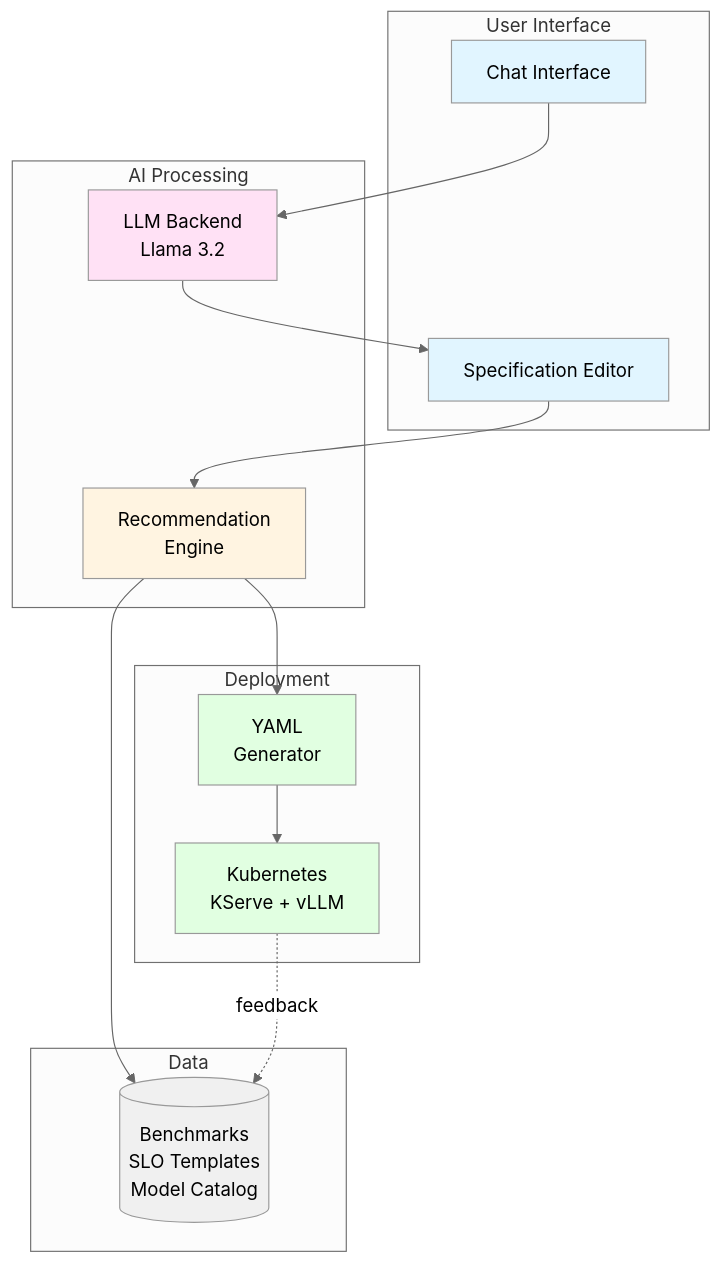
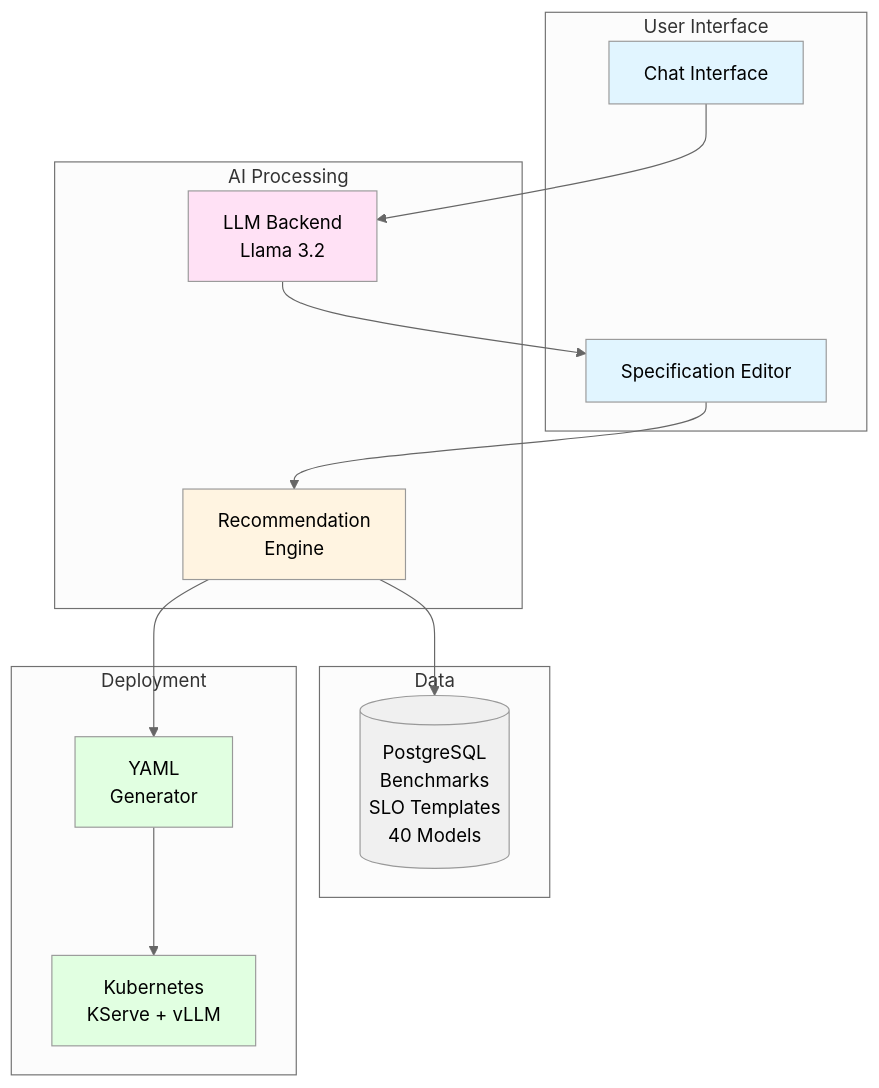
The second of 4 diagrams in docs/simplified-architecture-diagram.md (redhat-et/compass), drawn with Mermaid (neutral theme) before and after one commit. The commit also changed other lines of this file and 8 other files, not shown here.

First line of the commit message:
Refactor architecture to 4-engine + UI Layer structure

````diff
--- a/docs/simplified-architecture-diagram.md
+++ b/docs/simplified-architecture-diagram.md
@@ -34,37 +34,36 @@
 ```mermaid
 graph TB
     subgraph "User Interface"
         UI[Chat Interface]
         SPEC[Specification Editor]
     end
 
     subgraph "AI Processing"
         LLM[LLM Backend<br/>Llama 3.2]
         REC[Recommendation<br/>Engine]
     end
 
     subgraph "Data"
-        KB[(Benchmarks<br/>SLO Templates<br/>Model Catalog)]
+        KB[(PostgreSQL<br/>Benchmarks<br/>SLO Templates<br/>40 Models)]
     end
 
     subgraph "Deployment"
         YAML[YAML<br/>Generator]
         K8S[Kubernetes<br/>KServe + vLLM]
     end
 
     UI --> LLM
     LLM --> SPEC
     SPEC --> REC
     REC --> KB
     REC --> YAML
     YAML --> K8S
-    K8S -.feedback.-> KB
 
     style UI fill:#e1f5ff
     style SPEC fill:#e1f5ff
     style LLM fill:#ffe1f5
     style REC fill:#fff4e1
     style KB fill:#f0f0f0
     style YAML fill:#e1ffe1
     style K8S fill:#e1ffe1
 ```
````
